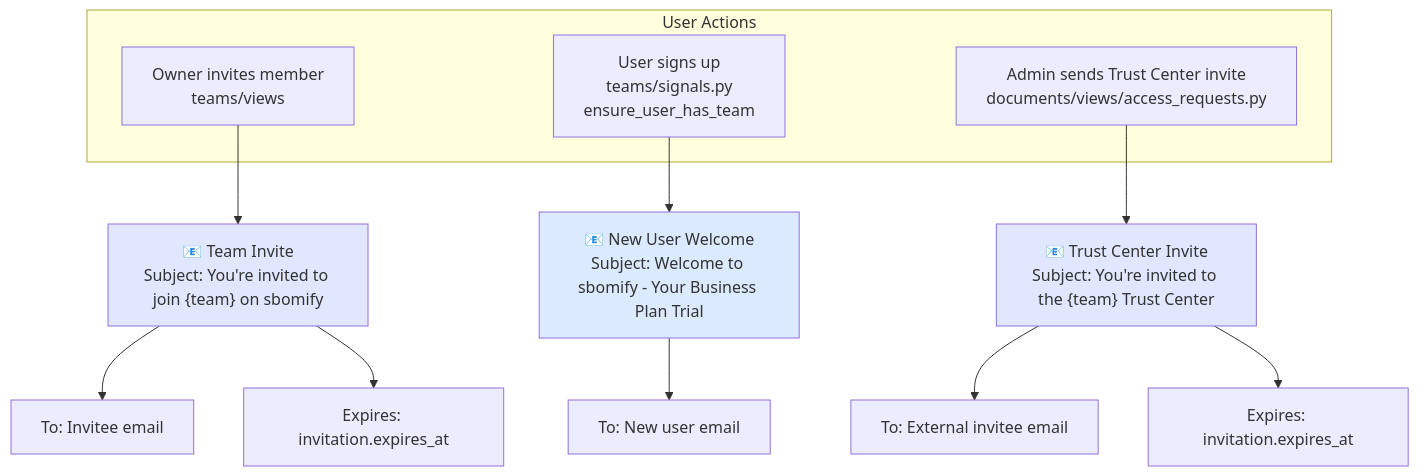
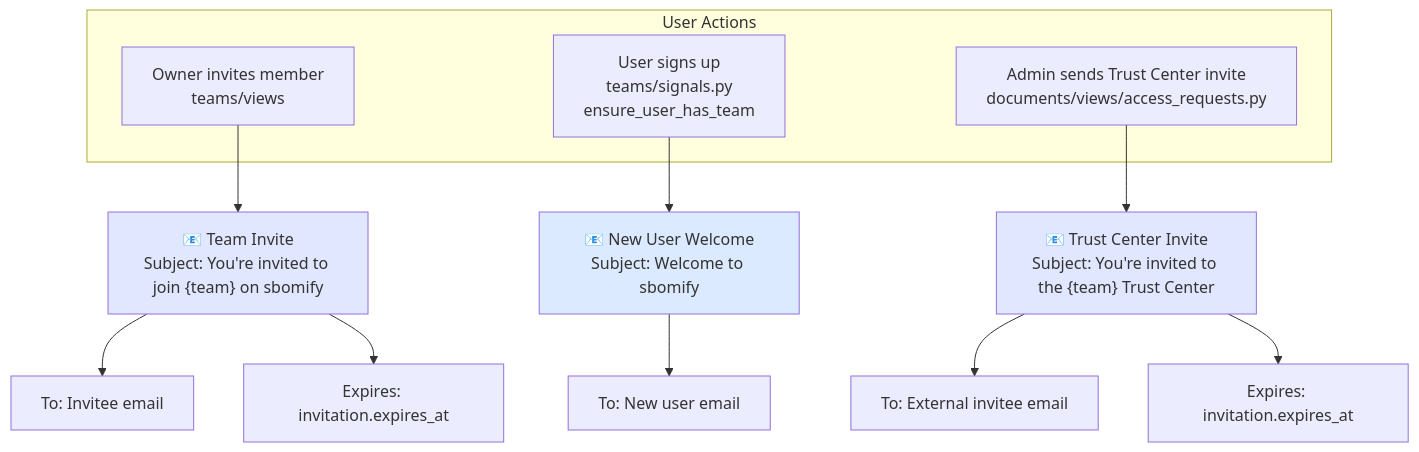
One commit to sbomify/sbomify changed the fourth of 7 diagrams in docs/email-triggers.md. Above: the diagram before and after it, drawn with Mermaid.

Commit message:
fix: correct new user welcome subject and PR description
Update diagram to show actual subject "Welcome to sbomify" (not
"Welcome to sbomify - Your Business Plan Trial"). Reconcile PR
description to match doc: 24 emails across 6 categories.

````diff
--- a/docs/email-triggers.md
+++ b/docs/email-triggers.md
@@ -157,23 +157,23 @@
 ```mermaid
 flowchart TD
     subgraph User Actions
         A1[Owner invites member\nteams/views]
         A2[User signs up\nteams/signals.py\nensure_user_has_team]
         A3[Admin sends Trust Center invite\ndocuments/views/access_requests.py]
     end
 
     A1 --> E1["📧 Team Invite\nSubject: You're invited to join {team} on sbomify"]
-    A2 --> E2["📧 New User Welcome\nSubject: Welcome to sbomify - Your Business Plan Trial"]
+    A2 --> E2["📧 New User Welcome\nSubject: Welcome to sbomify"]
     A3 --> E3["📧 Trust Center Invite\nSubject: You're invited to the {team} Trust Center"]
 
     E1 --> R1[To: Invitee email]
     E2 --> R2[To: New user email]
     E3 --> R3[To: External invitee email]
 
     E1 --> EXP1["Expires: invitation.expires_at"]
     E3 --> EXP2["Expires: invitation.expires_at"]
 
     style E1 fill:#e0e7ff
     style E2 fill:#dbeafe
     style E3 fill:#e0e7ff
 ```
````
